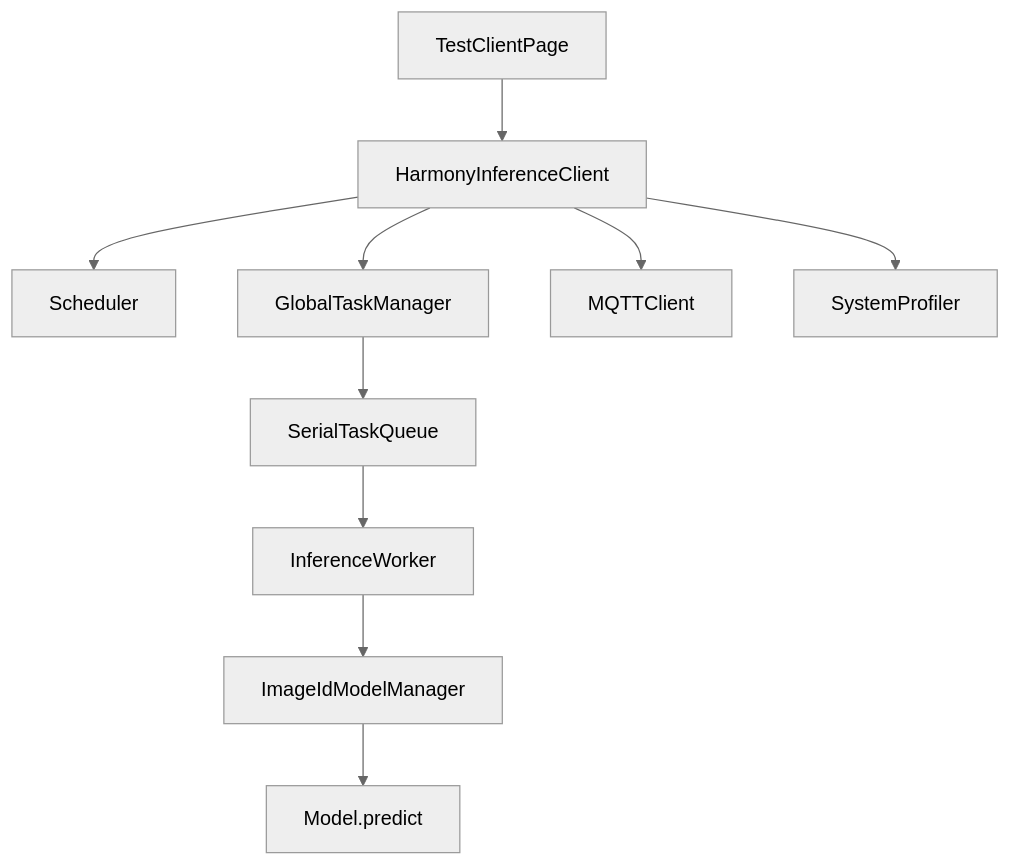
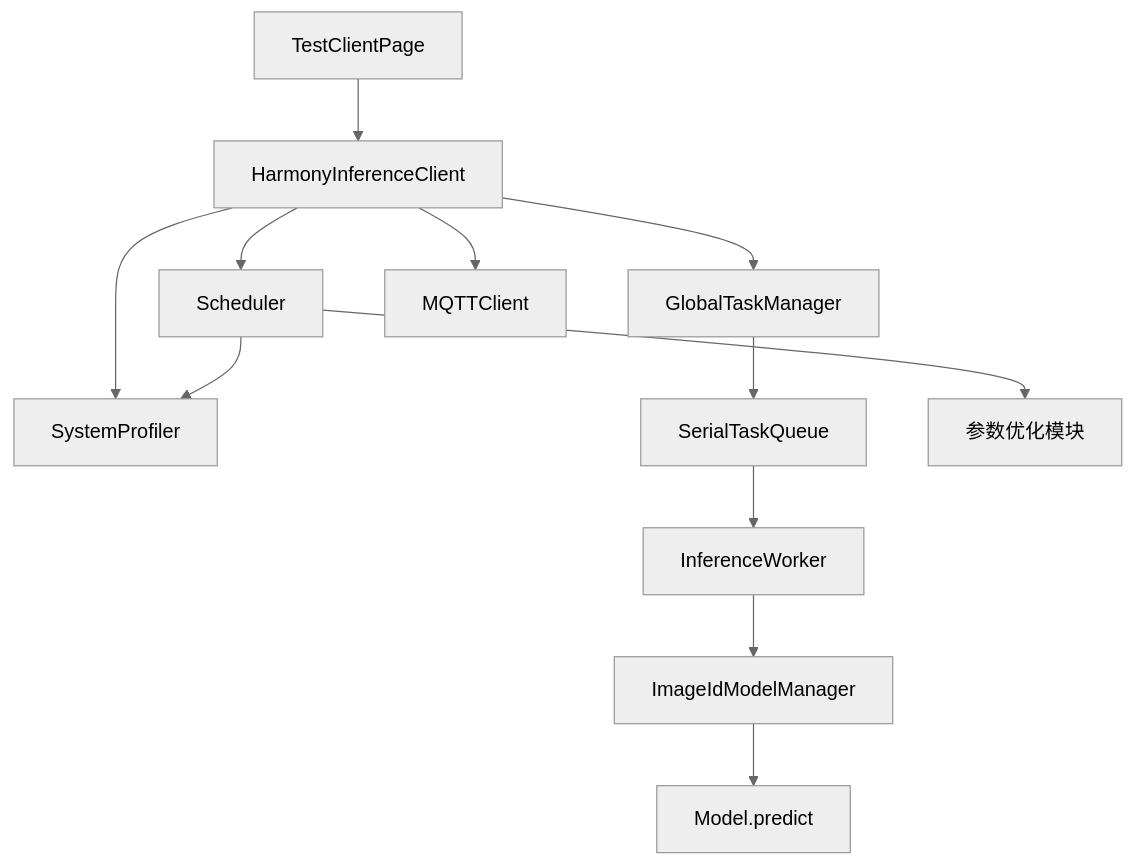
One commit to huo65/OH-Co3 changed diagram 11 of 11 in .qoder/repowiki/zh/content/UI 界面系统/推理测试界面.md. Above: the diagram before and after it, drawn with Mermaid (neutral theme). The commit also changed other lines of this file and 12 other files, not shown here.

````diff
--- a/.qoder/repowiki/zh/content/UI 界面系统/推理测试界面.md
+++ b/.qoder/repowiki/zh/content/UI 界面系统/推理测试界面.md
@@ -418,12 +656,14 @@
 ```mermaid
 graph TB
 TCP["TestClientPage"] --> HIC["HarmonyInferenceClient"]
 HIC --> SCHED["Scheduler"]
 HIC --> GTM["GlobalTaskManager"]
 HIC --> MQTT["MQTTClient"]
 HIC --> SYS["SystemProfiler"]
 GTM --> STQ["SerialTaskQueue"]
 STQ --> WKR["InferenceWorker"]
 WKR --> IMWM["ImageIdModelManager"]
 IMWM --> MS["Model.predict"]
+SCHED --> SYS
+SCHED --> PARAM["参数优化模块"]
 ```
````
